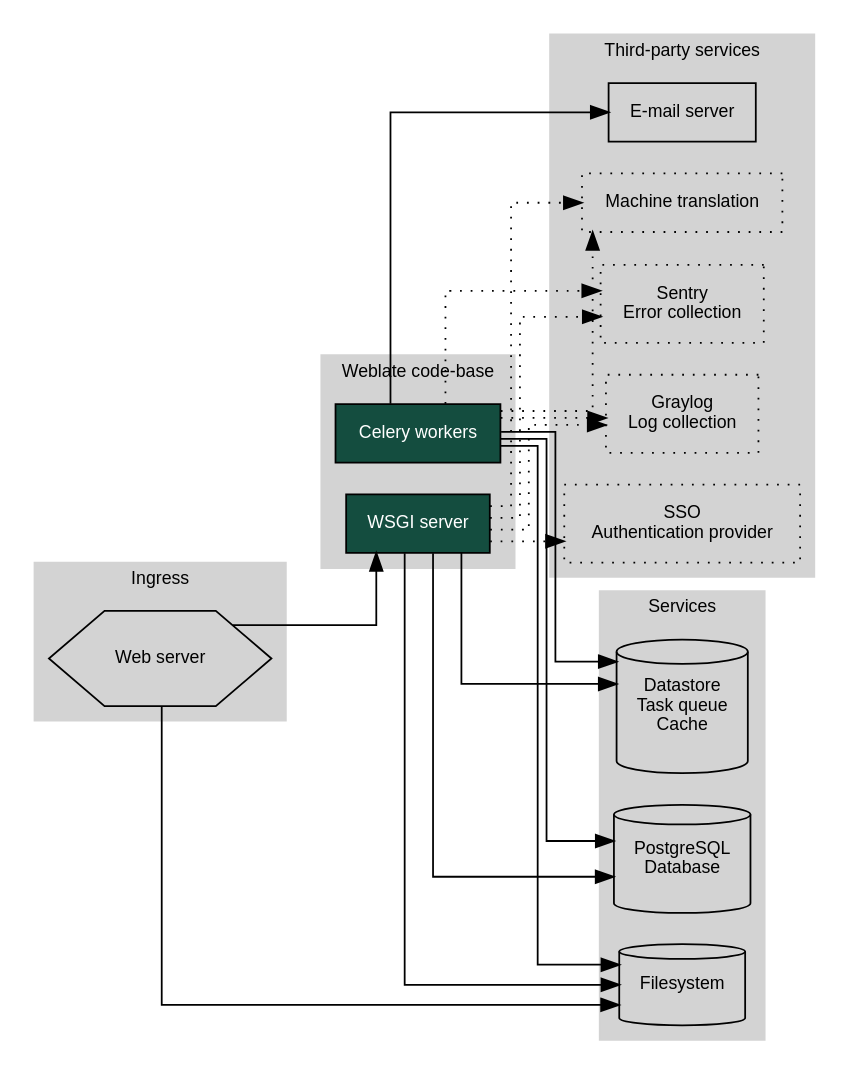
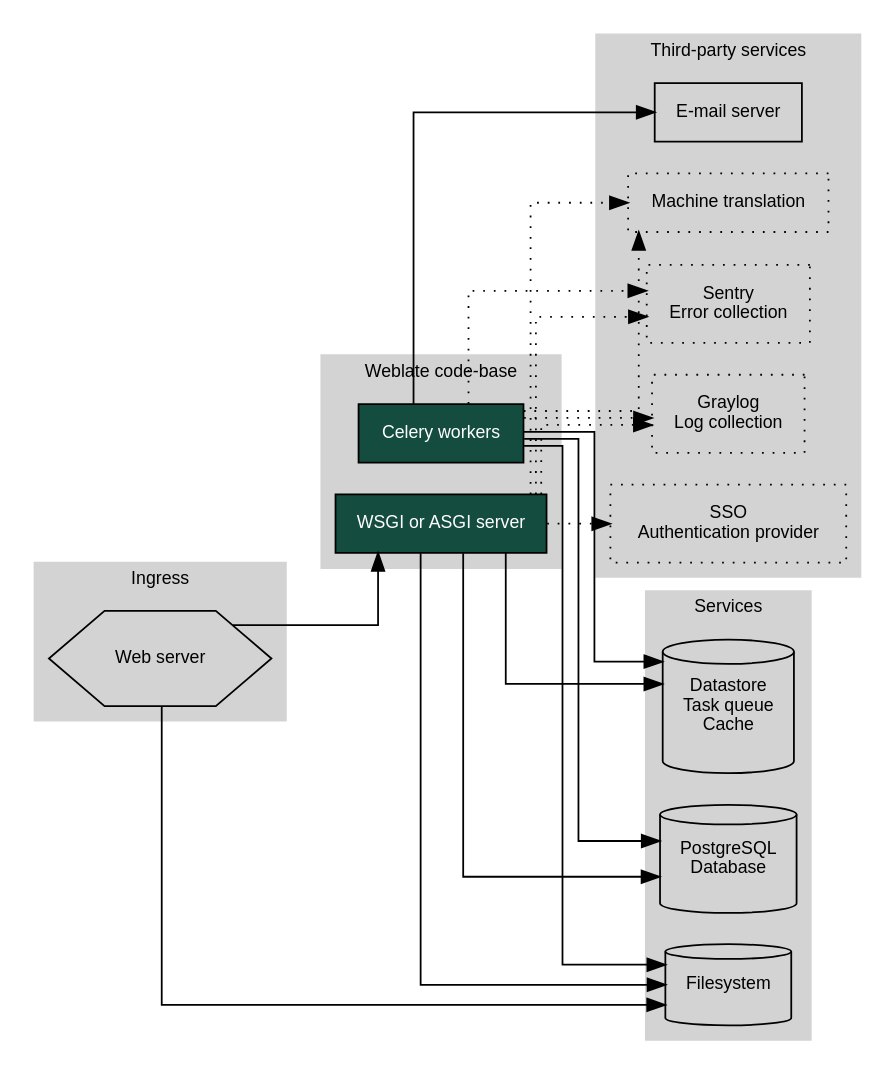
The diagram in docs/admin/install.rst (WeblateOrg/weblate), drawn with Graphviz before and after one commit. The commit also changed other lines of this file and 17 other files, not shown here.

First line of the commit message:
feat(server): add opt-in ASGI deployment support

```diff
--- a/docs/admin/install.rst
+++ b/docs/admin/install.rst
@@ -94,7 +94,7 @@
             style=filled];
          wsgi [fillcolor="#144d3f",
             fontcolor=white,
-            label="WSGI server",
+            label="WSGI or ASGI server",
             style=filled];
       }
       subgraph cluster_services {
```
